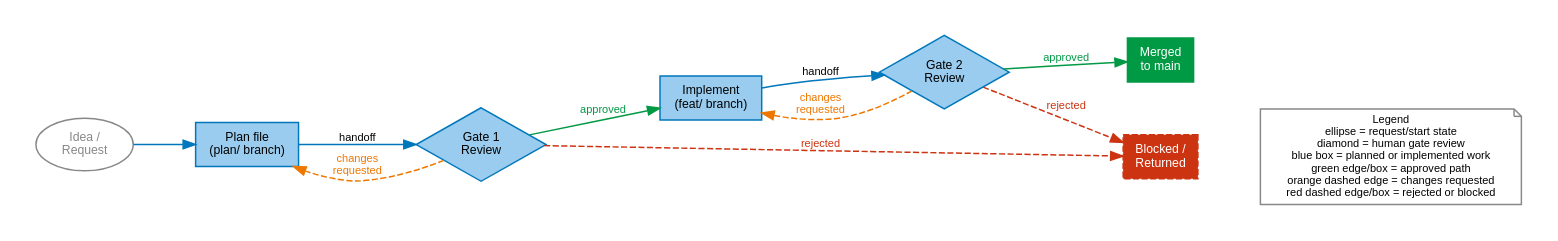
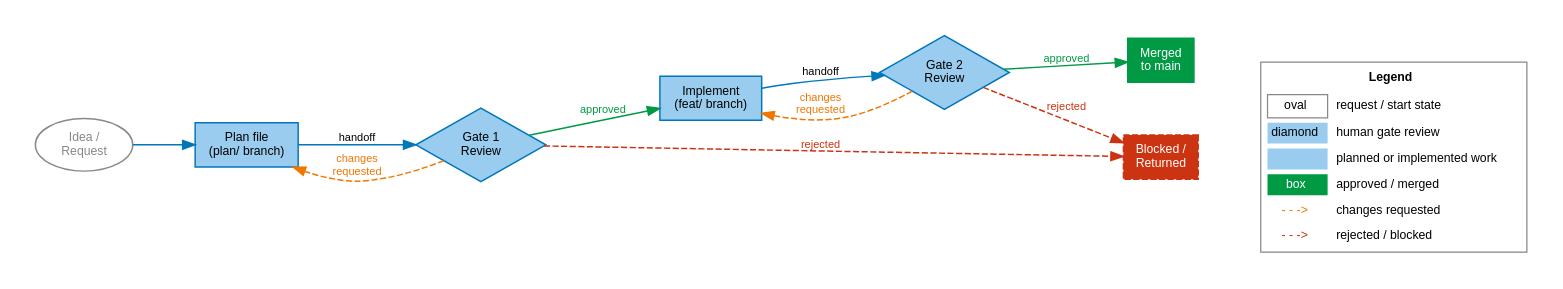
One commit to janipaijanen/agf-mirror changed the diagram in agf/docs/figures/src/gate-pipeline.dot. Above: the diagram before and after it, drawn with Graphviz. The commit also changed 21 other files, not shown here.

Commit message:
docs: use visual keys for figure legends

```diff
--- a/agf/docs/figures/src/gate-pipeline.dot
+++ b/agf/docs/figures/src/gate-pipeline.dot
@@ -1,41 +1,50 @@
 // SPDX-License-Identifier: CC-BY-SA-4.0
 // agents-govern: Gate 1 / Gate 2 pipeline
 // Generate: dot -Tsvg gate-pipeline.dot -o ../gate-pipeline.svg
 digraph gate_pipeline {
     graph [rankdir=LR, splines=spline, pad=0.3, nodesep=0.4, ranksep=0.7,
            fontname="Helvetica", fontsize=11]
     node  [fontname="Helvetica", fontsize=10, style=filled, shape=box,
            fillcolor="#99CCEE", color="#0077BB", penwidth=1.2]
     edge  [fontname="Helvetica", fontsize=9, color="#0077BB", penwidth=1.2]
 
     idea     [label="Idea /\nRequest", shape=ellipse, fillcolor=white,
               color="#888888", fontcolor="#888888"]
     plan     [label="Plan file\n(plan/ branch)"]
     gate1    [label="Gate 1\nReview", shape=diamond, fillcolor="#99CCEE",
               color="#0077BB"]
     impl     [label="Implement\n(feat/ branch)"]
     gate2    [label="Gate 2\nReview", shape=diamond, fillcolor="#99CCEE",
               color="#0077BB"]
     merged   [label="Merged\nto main", fillcolor="#009944", fontcolor=white,
               color="#009944"]
     blocked  [label="Blocked /\nReturned", fillcolor="#CC3311", fontcolor=white,
               color="#CC3311", style="filled,dashed"]
 
     idea  -> plan
     plan  -> gate1  [label="handoff"]
     gate1 -> impl   [label="approved", color="#009944", fontcolor="#009944"]
     gate1 -> plan   [label="changes\nrequested", style=dashed, color="#EE7700",
                      fontcolor="#EE7700"]
     gate1 -> blocked [label="rejected", style=dashed, color="#CC3311",
                       fontcolor="#CC3311"]
     impl  -> gate2  [label="handoff"]
     gate2 -> merged [label="approved", color="#009944", fontcolor="#009944"]
     gate2 -> impl   [label="changes\nrequested", style=dashed, color="#EE7700",
                      fontcolor="#EE7700"]
     gate2 -> blocked [label="rejected", style=dashed, color="#CC3311",
                       fontcolor="#CC3311"]
 
-    legend [label="Legend\nellipse = request/start state\ndiamond = human gate review\nblue box = planned or implemented work\ngreen edge/box = approved path\norange dashed edge = changes requested\nred dashed edge/box = rejected or blocked",
-            shape=note, fillcolor=white, color="#888888", fontsize=9]
+    legend [shape=plain, label=<
+        <TABLE BORDER="1" CELLBORDER="0" CELLSPACING="4" CELLPADDING="3" COLOR="#888888" BGCOLOR="white">
+            <TR><TD COLSPAN="2"><B>Legend</B></TD></TR>
+            <TR><TD BORDER="1" COLOR="#888888" WIDTH="28">oval</TD><TD ALIGN="LEFT">request / start state</TD></TR>
+            <TR><TD BGCOLOR="#99CCEE" WIDTH="28">diamond</TD><TD ALIGN="LEFT">human gate review</TD></TR>
+            <TR><TD BGCOLOR="#99CCEE" WIDTH="28"></TD><TD ALIGN="LEFT">planned or implemented work</TD></TR>
+            <TR><TD BGCOLOR="#009944" WIDTH="28"><FONT COLOR="white">box</FONT></TD><TD ALIGN="LEFT">approved / merged</TD></TR>
+            <TR><TD><FONT COLOR="#EE7700">- - -&gt;</FONT></TD><TD ALIGN="LEFT">changes requested</TD></TR>
+            <TR><TD><FONT COLOR="#CC3311">- - -&gt;</FONT></TD><TD ALIGN="LEFT">rejected / blocked</TD></TR>
+        </TABLE>
+    >]
     blocked -> legend [style=invis]
 }
```
